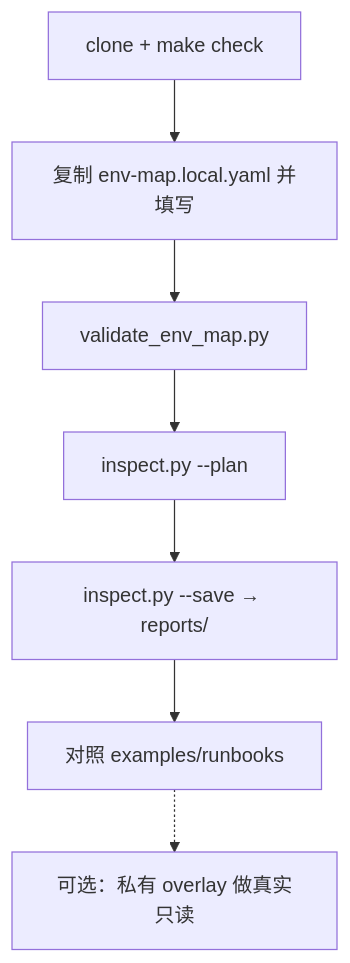
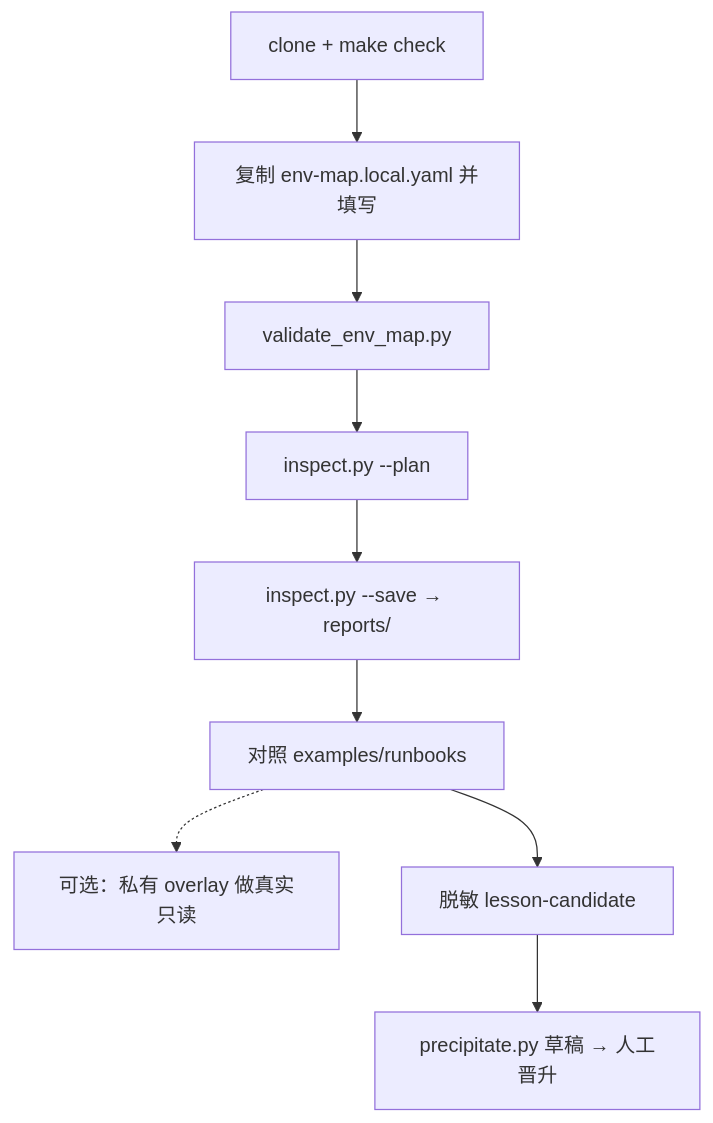
One commit to z35834491-cmyk/hermes-ops-kit changed the third of 3 diagrams in README.md. Above: the diagram before and after it, drawn with Mermaid. The commit also changed other lines of this file and 35 other files, not shown here.

````diff
--- a/README.md
+++ b/README.md
@@ -157,9 +192,11 @@
 ```mermaid
 flowchart TD
   A["clone + make check"] --> B["复制 env-map.local.yaml 并填写"]
   B --> C["validate_env_map.py"]
   C --> D["inspect.py --plan"]
   D --> E["inspect.py --save → reports/"]
   E --> F["对照 examples/runbooks"]
   F -.-> G["可选：私有 overlay 做真实只读"]
+  F --> H["脱敏 lesson-candidate"]
+  H --> I["precipitate.py 草稿 → 人工晋升"]
 ```
````
